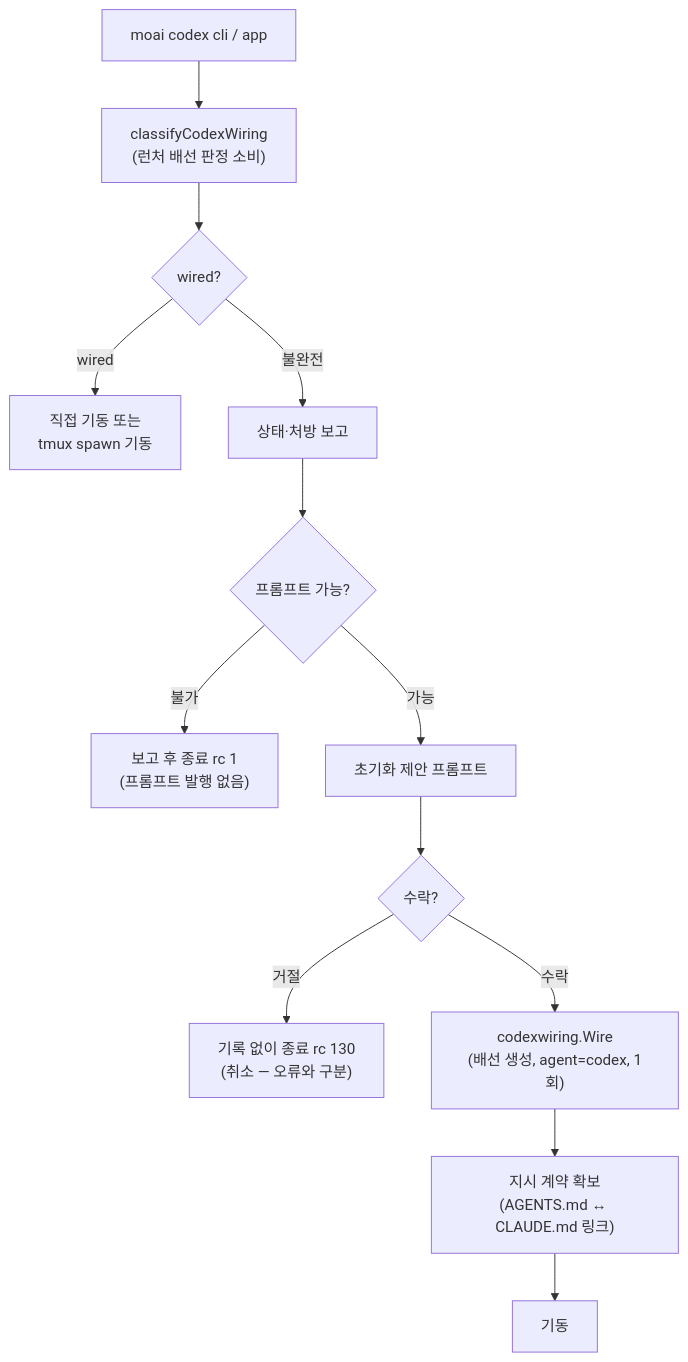
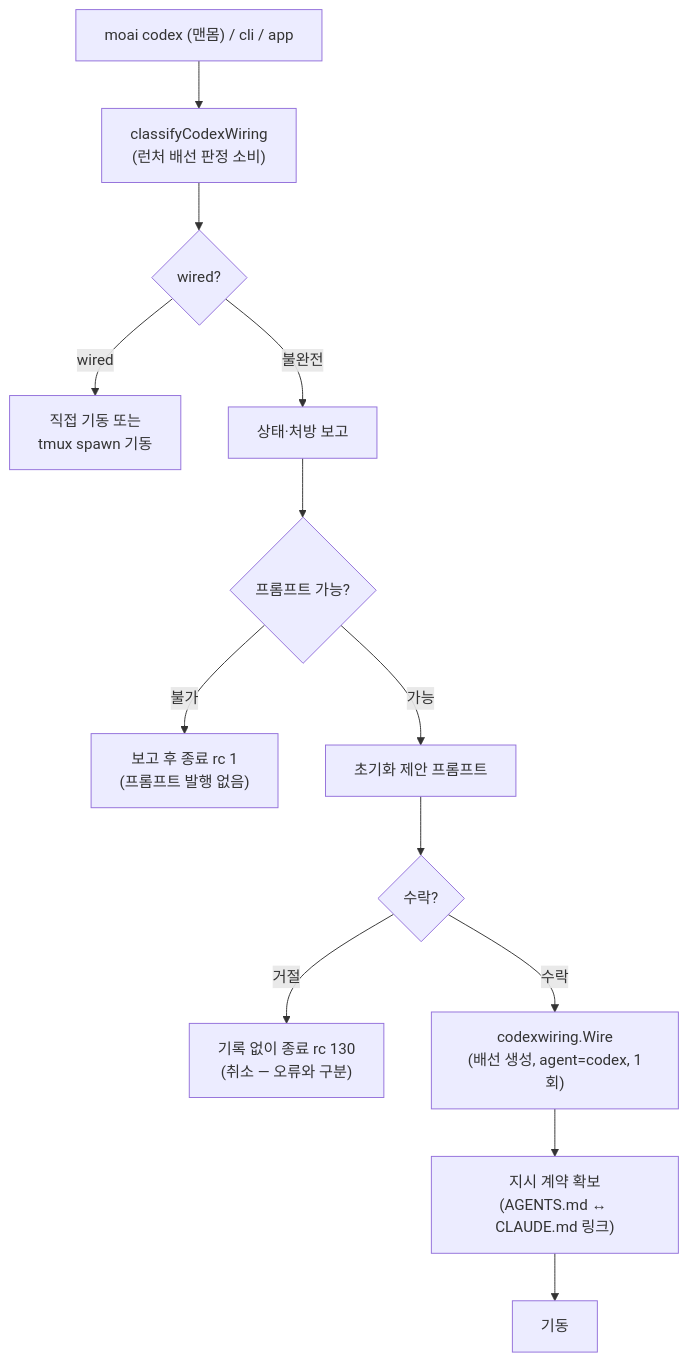
One commit to modu-ai/moai-adk changed the ninth of 9 diagrams in .moai/project/codemaps/data-flow.md. Above: the diagram before and after it, drawn with Mermaid. The commit also changed other lines of this file and 15 other files, not shown here.

````diff
--- a/.moai/project/codemaps/data-flow.md
+++ b/.moai/project/codemaps/data-flow.md
@@ -287,29 +287,29 @@
 ```mermaid
 flowchart TD
-    A["moai codex cli / app"]
+    A["moai codex (맨몸) / cli / app"]
     B["classifyCodexWiring<br/>(런처 배선 판정 소비)"]
     C{"wired?"}
     D["직접 기동 또는<br/>tmux spawn 기동"]
     E["상태·처방 보고"]
     F{"프롬프트 가능?"}
     G["보고 후 종료 rc 1<br/>(프롬프트 발행 없음)"]
     H["초기화 제안 프롬프트"]
     I{"수락?"}
     J["기록 없이 종료 rc 130<br/>(취소 — 오류와 구분)"]
     K["codexwiring.Wire<br/>(배선 생성, agent=codex, 1회)"]
     L["지시 계약 확보<br/>(AGENTS.md ↔ CLAUDE.md 링크)"]
     M["기동"]
 
     A --> B
     B --> C
     C -->|wired| D
     C -->|불완전| E
     E --> F
     F -->|불가| G
     F -->|가능| H
     H --> I
     I -->|거절| J
     I -->|수락| K
     K --> L
     L --> M
 ```
````
